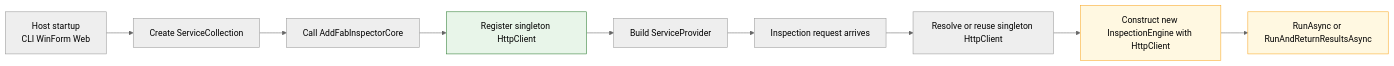
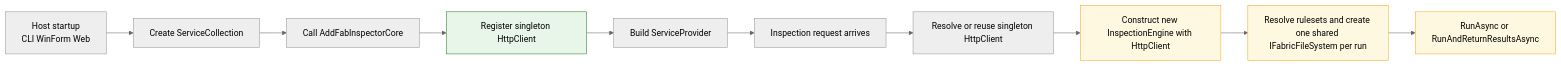
The first of 6 diagrams in FabInspector.Core/Architecture.md (NatVanG/fab-inspector), drawn with Mermaid (neutral theme) before and after one commit. The commit also changed other lines of this file and 11 other files, not shown here.

````diff
--- a/FabInspector.Core/Architecture.md
+++ b/FabInspector.Core/Architecture.md
@@ -26,17 +29,18 @@
 ```mermaid
 flowchart LR
   A["Host startup<br/>CLI WinForm Web"] --> B["Create ServiceCollection"]
   B --> C["Call AddFabInspectorCore"]
   C --> D["Register singleton HttpClient"]
   D --> E["Build ServiceProvider"]
 
   E --> F["Inspection request arrives"]
   F --> G["Resolve or reuse singleton HttpClient"]
   G --> H["Construct new InspectionEngine with HttpClient"]
-  H --> I["RunAsync or RunAndReturnResultsAsync"]
+  H --> I["Resolve rulesets and create one shared IFabricFileSystem per run"]
+  I --> J["RunAsync or RunAndReturnResultsAsync"]
 
   classDef single fill:#e8f5e9,stroke:#2e7d32,stroke-width:1px
   classDef perrun fill:#fff8e1,stroke:#f9a825,stroke-width:1px
   class D single
-  class H,I perrun
+  class H,I,J perrun
 ```
````
